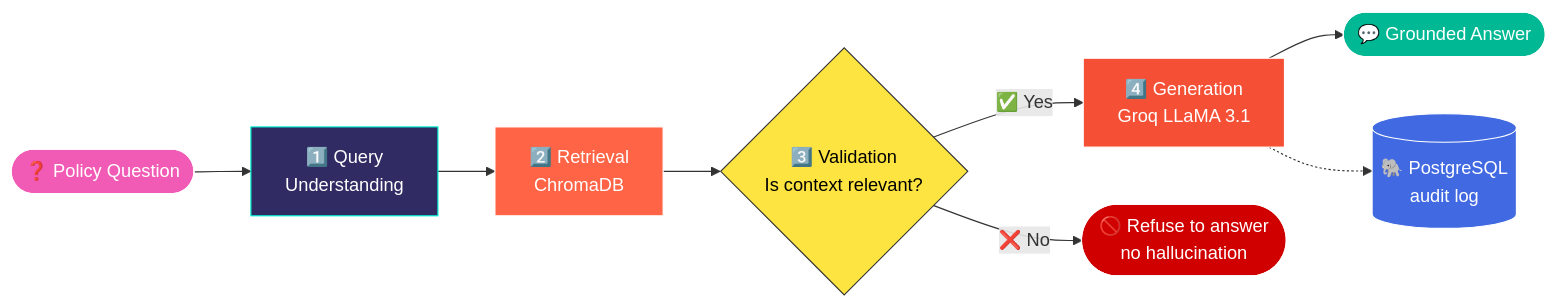
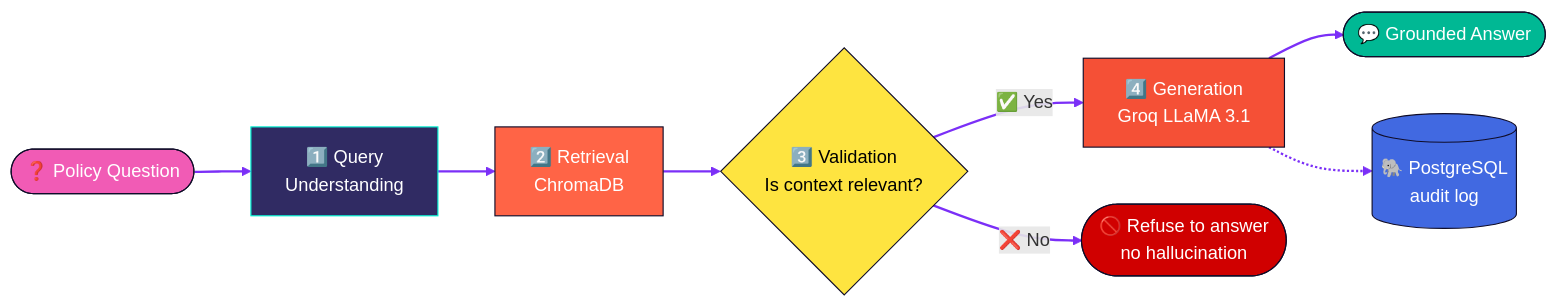
Before and after one commit to prasanth1218/prasanth1218: the second of 4 diagrams in README.md, drawn with Mermaid. The commit also changed other lines of this file, not shown here.

````diff
--- a/README.md
+++ b/README.md
@@ -98,19 +86,20 @@
 ```mermaid
 flowchart LR
     Q([❓ Policy Question]) --> S1[1️⃣ Query<br/>Understanding]
     S1 --> S2[2️⃣ Retrieval<br/>ChromaDB]
     S2 --> S3{3️⃣ Validation<br/>Is context relevant?}
     S3 -->|✅ Yes| S4[4️⃣ Generation<br/>Groq LLaMA 3.1]
     S3 -->|❌ No| X([🚫 Refuse to answer<br/>no hallucination])
     S4 --> A([💬 Grounded Answer])
     S4 -.-> DB[(🐘 PostgreSQL<br/>audit log)]
 
-    style Q fill:#F15BB5,stroke:#fff,color:#fff
+    style Q fill:#F15BB5,stroke:#0F0C29,color:#fff
     style S1 fill:#302B63,stroke:#00F5D4,color:#fff
-    style S2 fill:#FF6446,stroke:#fff,color:#fff
-    style S3 fill:#FEE440,stroke:#333,color:#000
-    style S4 fill:#F55036,stroke:#fff,color:#fff
-    style X fill:#D00000,stroke:#fff,color:#fff
-    style A fill:#00B894,stroke:#fff,color:#fff
-    style DB fill:#4169E1,stroke:#fff,color:#fff
+    style S2 fill:#FF6446,stroke:#0F0C29,color:#fff
+    style S3 fill:#FEE440,stroke:#0F0C29,color:#000
+    style S4 fill:#F55036,stroke:#0F0C29,color:#fff
+    style X fill:#D00000,stroke:#0F0C29,color:#fff
+    style A fill:#00B894,stroke:#0F0C29,color:#fff
+    style DB fill:#4169E1,stroke:#0F0C29,color:#fff
+    linkStyle default stroke:#7B2FF7,stroke-width:2px
 ```
````
